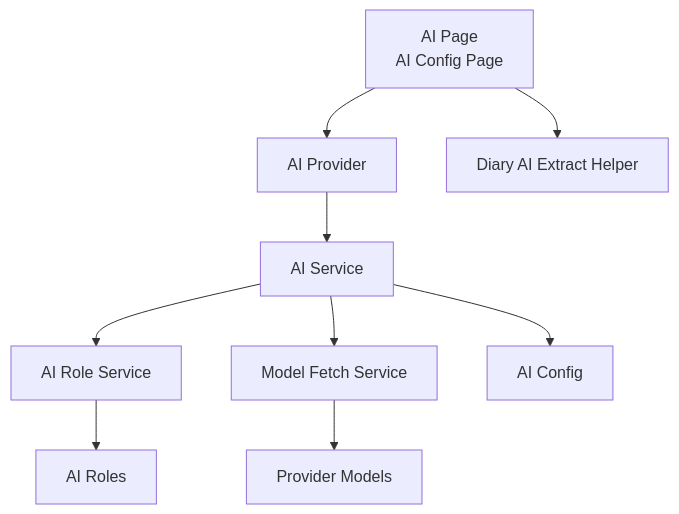
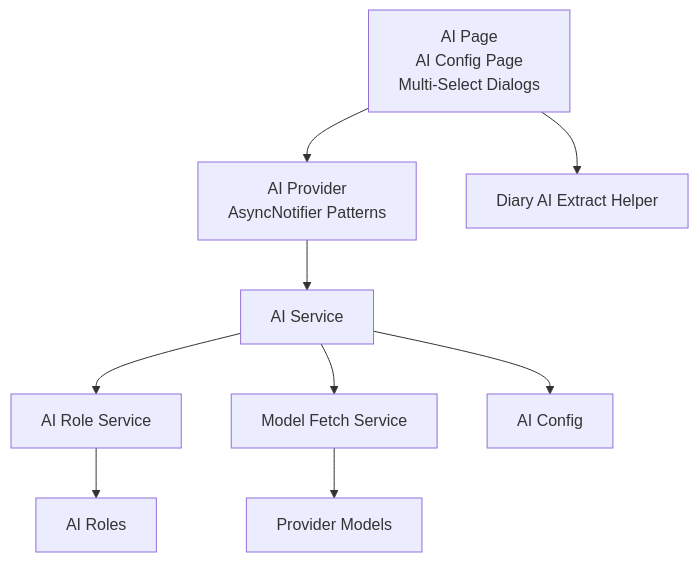
The second of 5 diagrams in .qoder/repowiki/en/content/Core Features/AI Integration.md (favoroo/QNote), drawn with Mermaid before and after one commit. The commit also changed other lines of this file and 65 other files, not shown here.

First line of the commit message:
docs: 新增项目文档与配置文件，修复AI提取与热力图问题

````diff
--- a/.qoder/repowiki/en/content/Core Features/AI Integration.md
+++ b/.qoder/repowiki/en/content/Core Features/AI Integration.md
@@ -141,11 +153,11 @@
 ```mermaid
 graph TB
-UI["AI Page<br/>AI Config Page"] --> Provider["AI Provider"]
+UI["AI Page<br/>AI Config Page<br/>Multi-Select Dialogs"] --> Provider["AI Provider<br/>AsyncNotifier Patterns"]
 Provider --> Service["AI Service"]
 Service --> RoleSvc["AI Role Service"]
 Service --> ModelSvc["Model Fetch Service"]
 Service --> Config["AI Config"]
 RoleSvc --> Roles["AI Roles"]
 ModelSvc --> Providers["Provider Models"]
 UI --> Diary["Diary AI Extract Helper"]
 ```
````
